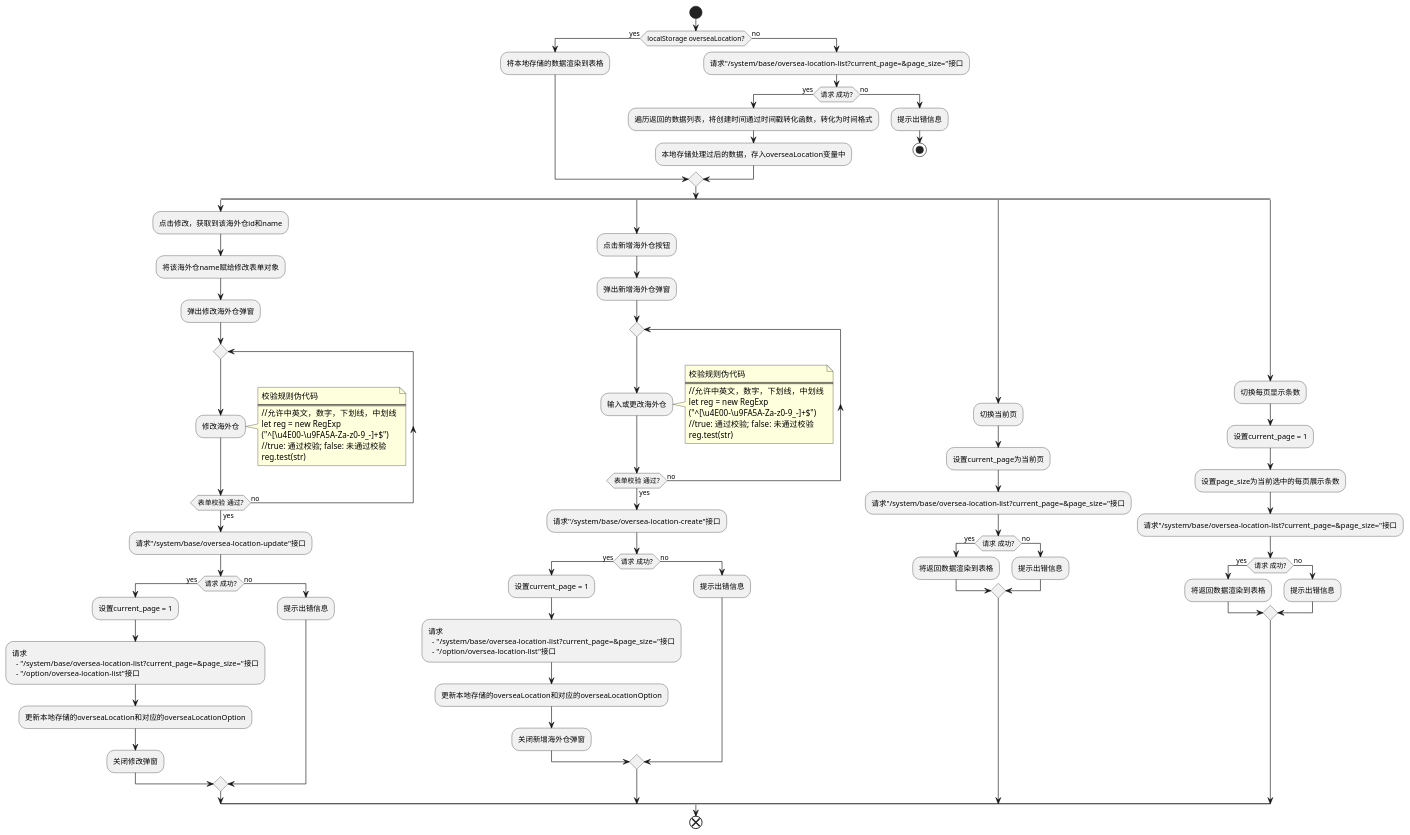
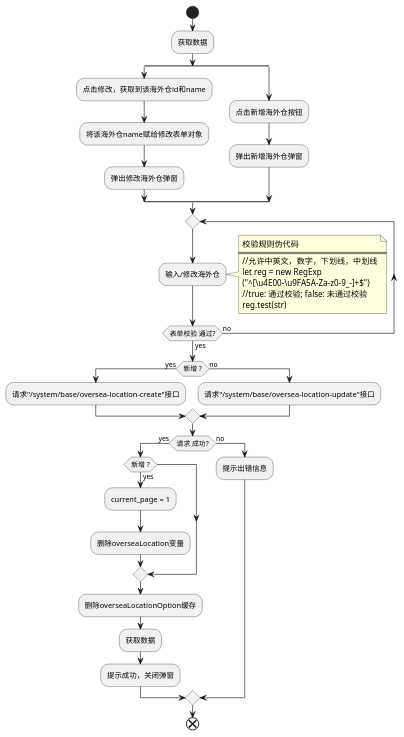
Before and after one commit to futurekidult/lis: the diagram in docs/development-flow-diagram.puml/system/get-oversea-location.puml, drawn with PlantUML. The commit also changed 4 other files, not shown here.

```diff
--- a/docs/development-flow-diagram.puml/system/get-oversea-location.puml
+++ b/docs/development-flow-diagram.puml/system/get-oversea-location.puml
@@ -1,91 +1,43 @@
 @startuml
 
 start
-if(localStorage overseaLocation?) then (yes)
-  :将本地存储的数据渲染到表格;
-else (no)
-  :请求"/system/base/oversea-location-list?current_page=&page_size="接口;
-  if(请求 成功?) then (yes)
-    :遍历返回的数据列表，将创建时间通过时间戳转化函数，转化为时间格式;
-    :本地存储处理过后的数据，存入overseaLocation变量中;
-  else (no)
-    :提示出错信息;
-    stop
-   endif
-endif
+:获取数据;
 split
   :点击修改，获取到该海外仓id和name;
   :将该海外仓name赋给修改表单对象;
   :弹出修改海外仓弹窗;
-  repeat
-    :修改海外仓;
+split again
+  :点击新增海外仓按钮;
+  :弹出新增海外仓弹窗;
+end split
+ repeat
+    :输入/修改海外仓;
   repeat while(表单校验 通过?) is (no) not (yes)
   note right 
     校验规则伪代码
     ====
     //允许中英文，数字，下划线，中划线
     let reg = new RegExp
     ("^[\u4E00-\u9FA5A-Za-z0-9_-]+$")
     //true: 通过校验; false: 未通过校验
     reg.test(str) 
   end note
-  :请求"/system/base/oversea-location-update"接口;
+  if(新增 ?) then (yes)
+    :请求"/system/base/oversea-location-create"接口;
+  else (no)
+    :请求"/system/base/oversea-location-update"接口;
+  endif
   if(请求 成功?) then (yes)
-    :设置current_page = 1;
-    :请求
-      - "/system/base/oversea-location-list?current_page=&page_size="接口
-      - "/option/oversea-location-list"接口;
-    :更新本地存储的overseaLocation和对应的overseaLocationOption;
-    :关闭修改弹窗;
+    if(新增 ?) then (yes)
+      :current_page = 1;
+      :删除overseaLocation变量;
+    endif
+    :删除overseaLocationOption缓存;
+    :获取数据;
+    :提示成功，关闭弹窗;
   else (no)
     :提示出错信息;
   endif
-split again
-  :点击新增海外仓按钮;
-  :弹出新增海外仓弹窗;
-  repeat
-    :输入或更改海外仓;
-  repeat while(表单校验 通过?) is (no) not (yes)
-  note right 
-    校验规则伪代码
-    ====
-    //允许中英文，数字，下划线，中划线
-    let reg = new RegExp
-    ("^[\u4E00-\u9FA5A-Za-z0-9_-]+$")
-    //true: 通过校验; false: 未通过校验
-    reg.test(str) 
-  end note
-  :请求"/system/base/oversea-location-create"接口;
-  if(请求 成功?) then (yes)
-    :设置current_page = 1;
-    :请求
-      - "/system/base/oversea-location-list?current_page=&page_size="接口
-      - "/option/oversea-location-list"接口;
-    :更新本地存储的overseaLocation和对应的overseaLocationOption;
-    :关闭新增海外仓弹窗;
-  else (no)
-    :提示出错信息;
-  endif    
-split again
-  :切换当前页;
-  :设置current_page为当前页;
-  :请求"/system/base/oversea-location-list?current_page=&page_size="接口;
-  if(请求 成功?) then (yes)
-    :将返回数据渲染到表格;
-  else (no)
-    :提示出错信息;
-  endif
-split again 
-  :切换每页显示条数;
-  :设置current_page = 1;
-  :设置page_size为当前选中的每页展示条数;
-  :请求"/system/base/oversea-location-list?current_page=&page_size="接口;
-  if(请求 成功?) then (yes)
-    :将返回数据渲染到表格;
-  else (no)
-    :提示出错信息;
-  endif
-end split
 end
 
 @enduml
```
